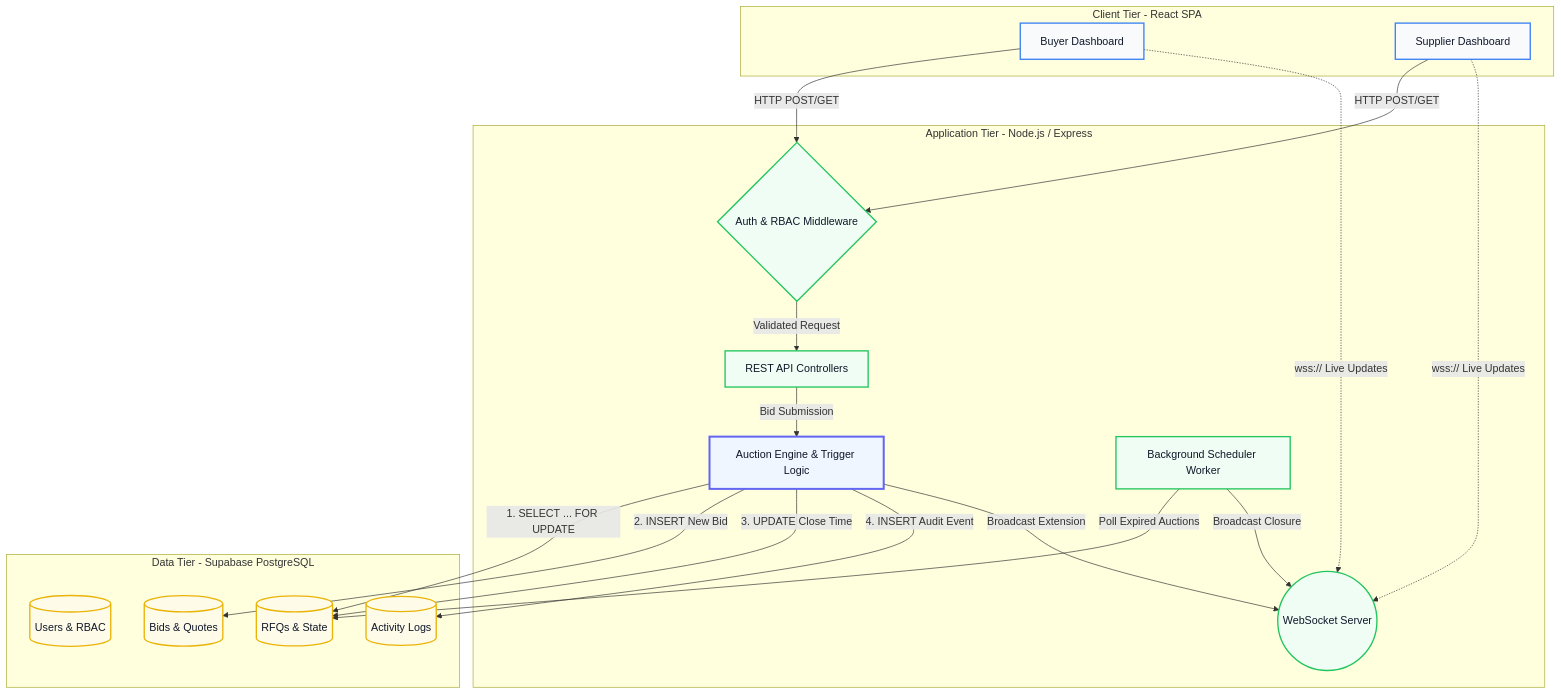
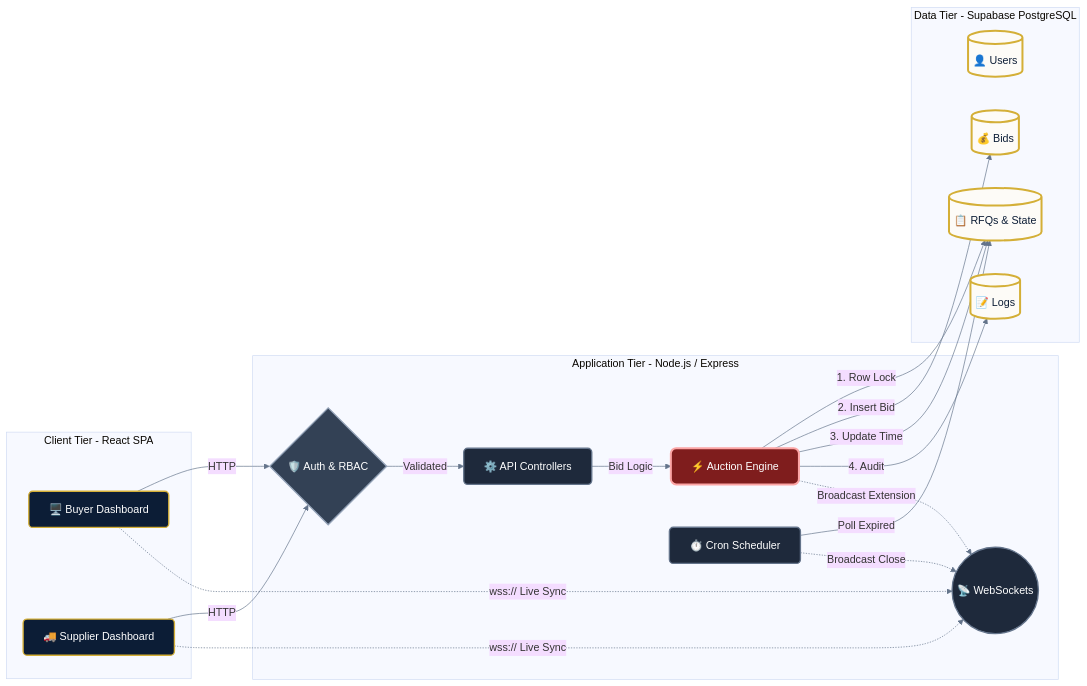
Before and after one commit to Ansh07017/BritishRFQ: the diagram in README.md, drawn with Mermaid. The commit also changed other lines of this file, not shown here.

Commit message:
Enhance architecture diagram in README
Updated architecture diagram with improved styling and icons.

````diff
--- a/README.md
+++ b/README.md
@@ -66,49 +68,53 @@
    ```mermaid
- graph TD
-    %% Styling
-    classDef client fill:#f8fafc,stroke:#3b82f6,stroke-width:2px,color:#0f172a
-    classDef server fill:#f0fdf4,stroke:#22c55e,stroke-width:2px,color:#0f172a
-    classDef db fill:#fefce8,stroke:#eab308,stroke-width:2px,color:#0f172a
-    classDef engine fill:#eff6ff,stroke:#6366f1,stroke-width:3px,color:#0f172a
+ %%{init: {'theme': 'base', 'themeVariables': { 'lineColor': '#64748B'}}}%%
+graph LR
+    %% Theme: Royal Navy, Gold, Slate, and Crimson
+    classDef client fill:#0C1D36,stroke:#D4AF37,stroke-width:2px,color:#FFF,rx:6,ry:6
+    classDef gateway fill:#334155,stroke:#94A3B8,stroke-width:2px,color:#FFF
+    classDef service fill:#1E293B,stroke:#64748B,stroke-width:2px,color:#FFF,rx:6,ry:6
+    classDef engine fill:#7F1D1D,stroke:#FCA5A5,stroke-width:3px,color:#FFF,rx:8,ry:8
+    classDef db fill:#FDFBF7,stroke:#D4AF37,stroke-width:3px,color:#0C1D36,rx:10,ry:10
 
     subgraph Client_Tier [Client Tier - React SPA]
-        A[Buyer Dashboard]:::client
-        B[Supplier Dashboard]:::client
+        A[🖥️ Buyer Dashboard]:::client
+        B[🚚 Supplier Dashboard]:::client
     end
 
     subgraph Application_Tier [Application Tier - Node.js / Express]
-        C{Auth & RBAC Middleware}:::server
-        D[REST API Controllers]:::server
-        E((WebSocket Server)):::server
-        F[Auction Engine & Trigger Logic]:::engine
-        G[Background Scheduler Worker]:::server
+        C{🛡️ Auth & RBAC}:::gateway
+        
+        D[⚙️ API Controllers]:::service
+        E((📡 WebSockets)):::service
+        
+        F[⚡ Auction Engine]:::engine
+        G[⏱️ Cron Scheduler]:::service
     end
 
     subgraph Data_Tier [Data Tier - Supabase PostgreSQL]
-        H[(Users & RBAC)]:::db
-        I[(RFQs & State)]:::db
-        J[(Bids & Quotes)]:::db
-        K[(Activity Logs)]:::db
+        H[(👤 Users)]:::db
+        I[(📋 RFQs & State)]:::db
+        J[(💰 Bids)]:::db
+        K[(📝 Logs)]:::db
     end
 
-    %% Client to Server Connections
-    A -->|HTTP POST/GET| C
-    B -->|HTTP POST/GET| C
-    A -.->|wss:// Live Updates| E
-    B -.->|wss:// Live Updates| E
+    %% Client to App Flow
+    A -->|HTTP| C
+    B -->|HTTP| C
+    A -.->|wss:// Live Sync| E
+    B -.->|wss:// Live Sync| E
 
-    %% Internal Server Flow
-    C -->|Validated Request| D
-    D -->|Bid Submission| F
+    %% Internal App Flow
+    C -->|Validated| D
+    D -->|Bid Logic| F
 
-    %% Engine to Database (The critical path)
-    F -->|1. SELECT ... FOR UPDATE| I
-    F -->|2. INSERT New Bid| J
-    F -->|3. UPDATE Close Time| I
-    F -->|4. INSERT Audit Event| K
+    %% Engine to DB (The Critical Path)
+    F -->|1. Row Lock| I
+    F -->|2. Insert Bid| J
+    F -->|3. Update Time| I
+    F -->|4. Audit| K
 
-    %% Real-time & Schedulers
-    F -->|Broadcast Extension| E
-    G -->|Poll Expired Auctions| I
-    G -->|Broadcast Closure| E
+    %% Async & Background Tasks
+    F -.->|Broadcast Extension| E
+    G -->|Poll Expired| I
+    G -.->|Broadcast Close| E
 ```
````
